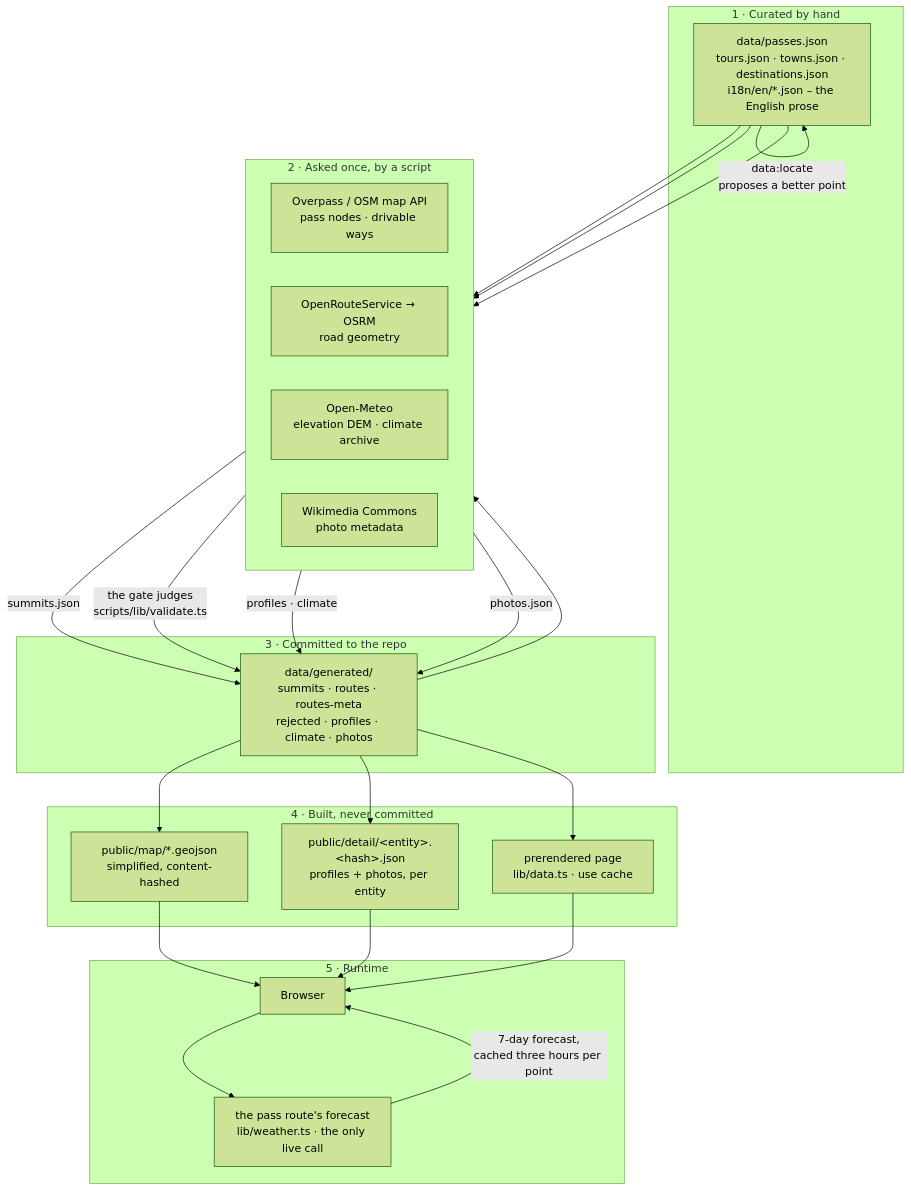
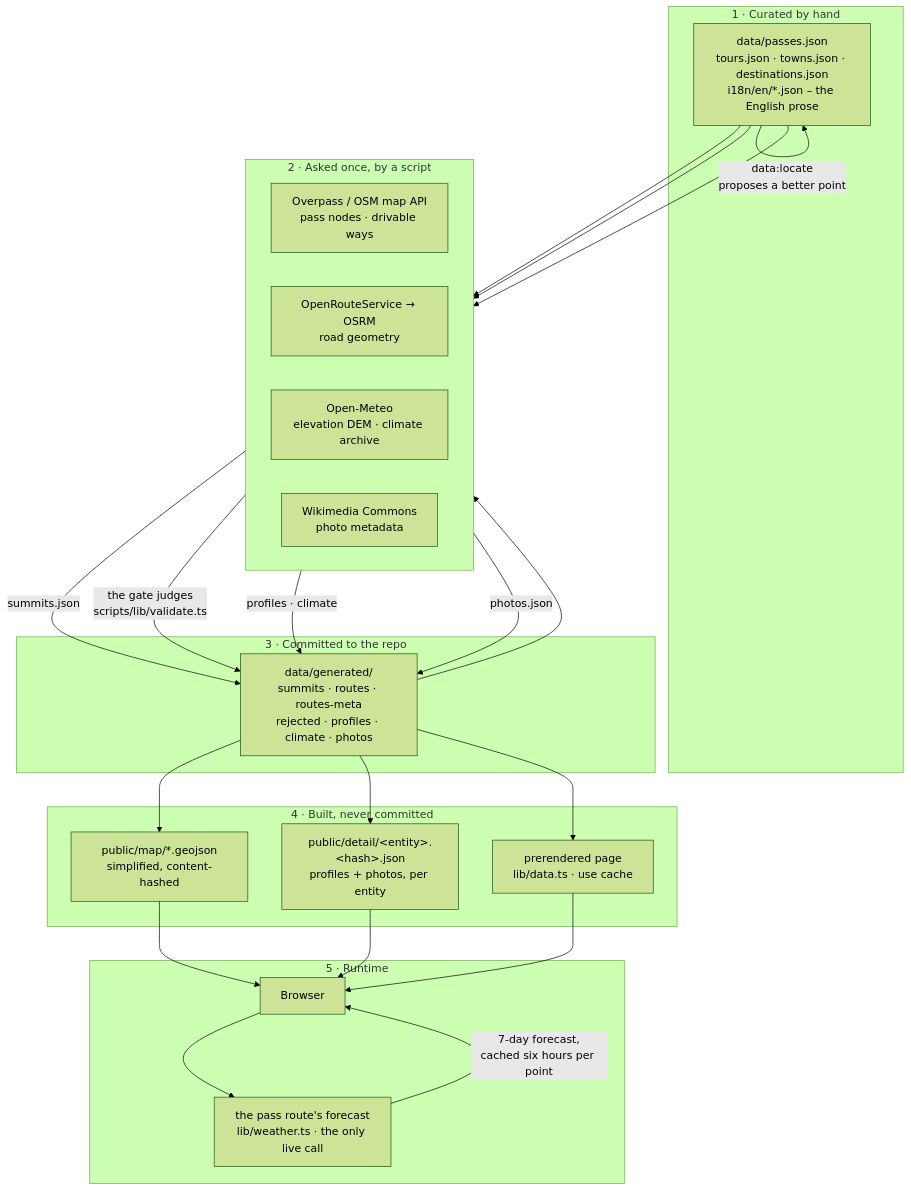
The first of 3 diagrams in docs/data-pipeline.md (mdugue/alpen), drawn with Mermaid (forest theme) before and after one commit. The commit also changed other lines of this file and 10 other files, not shown here.

First line of the commit message:
Cache the forecast for six hours instead of three

````diff
--- a/docs/data-pipeline.md
+++ b/docs/data-pipeline.md
@@ -18,39 +18,39 @@
 ```mermaid
 flowchart TB
   subgraph hand["1 · Curated by hand"]
     P["data/passes.json<br/>tours.json · towns.json · destinations.json<br/>i18n/en/*.json – the English prose"]
   end
 
   subgraph net["2 · Asked once, by a script"]
     direction LR
     OSM["Overpass / OSM map API<br/>pass nodes · drivable ways"]
     RT["OpenRouteService → OSRM<br/>road geometry"]
     OM["Open-Meteo<br/>elevation DEM · climate archive"]
     WC["Wikimedia Commons<br/>photo metadata"]
   end
 
   subgraph repo["3 · Committed to the repo"]
     G["data/generated/<br/>summits · routes · routes-meta<br/>rejected · profiles · climate · photos"]
   end
 
   subgraph build["4 · Built, never committed"]
     MA["public/map/*.geojson<br/>simplified, content-hashed"]
     DA["public/detail/&lt;entity&gt;.&lt;hash&gt;.json<br/>profiles + photos, per entity"]
     PR["prerendered page<br/>lib/data.ts · use cache"]
   end
 
   subgraph run["5 · Runtime"]
     B["Browser"]
     W["the pass route's forecast<br/>lib/weather.ts · the only live call"]
   end
 
   P -->|"data:locate<br/>proposes a better point"| P
   P --> OSM --> |"summits.json"| G
   P --> RT -->|"the gate judges<br/>scripts/lib/validate.ts"| G
   G --> OM --> |"profiles · climate"| G
   P --> WC --> |"photos.json"| G
   G --> MA --> B
   G --> DA --> B
   G --> PR --> B
-  B --> W -->|"7-day forecast,<br/>cached three hours per point"| B
+  B --> W -->|"7-day forecast,<br/>cached six hours per point"| B
 ```
````
